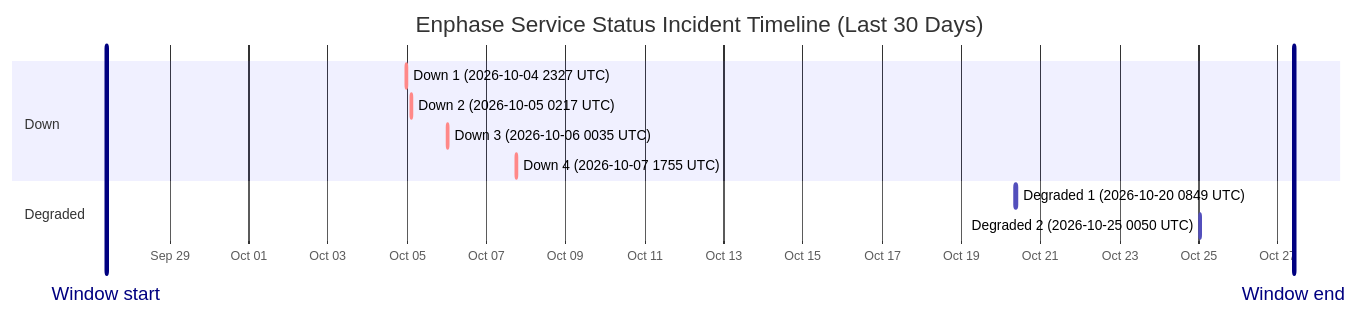
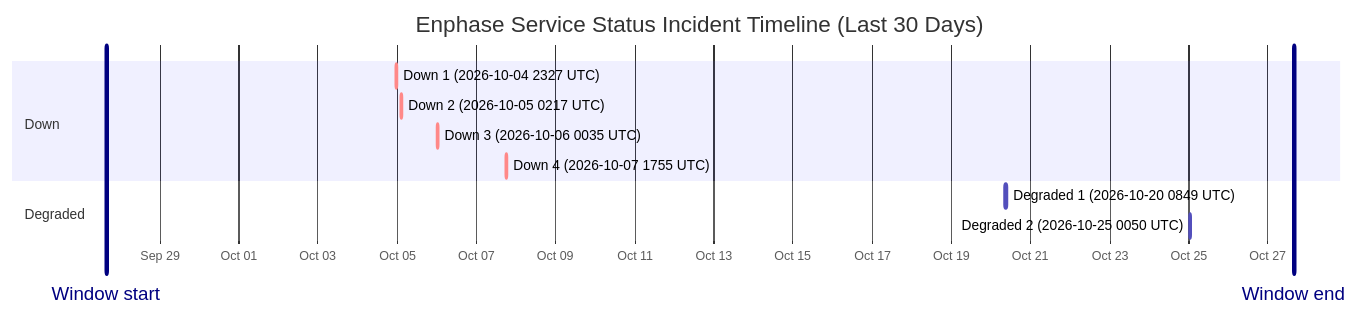
The diagram in wiki/Service-Status-History.md (barneyonline/ha-enphase-energy), drawn with Mermaid before and after one commit. The commit also changed other lines of this file and 3 other files, not shown here.

````diff
--- a/wiki/Service-Status-History.md
+++ b/wiki/Service-Status-History.md
@@ -14,16 +14,16 @@
 ```mermaid
 gantt
     title Enphase Service Status Incident Timeline (Last 30 Days)
     dateFormat  YYYY-MM-DDTHH:mm:ss
     axisFormat  %b %d
-    Window start :vert, window-start, 2026-09-27T09:36:27, 0ms
-    Window end :vert, window-end, 2026-10-27T09:36:27, 0ms
+    Window start :vert, window-start, 2026-09-27T15:43:34, 0ms
+    Window end :vert, window-end, 2026-10-27T15:43:34, 0ms
     section Down
     Down 1 (2026-10-04 2327 UTC) :crit, down-1, 2026-10-04T23:27:34, 60m
     Down 2 (2026-10-05 0217 UTC) :crit, down-2, 2026-10-05T02:17:30, 60m
     Down 3 (2026-10-06 0035 UTC) :crit, down-3, 2026-10-06T00:35:21, 60m
     Down 4 (2026-10-07 1755 UTC) :crit, down-4, 2026-10-07T17:55:16, 60m
     section Degraded
     Degraded 1 (2026-10-20 0849 UTC) :active, degraded-1, 2026-10-20T08:49:49, 60m
     Degraded 2 (2026-10-25 0050 UTC) :active, degraded-2, 2026-10-25T00:50:01, 60m
 ```
````
